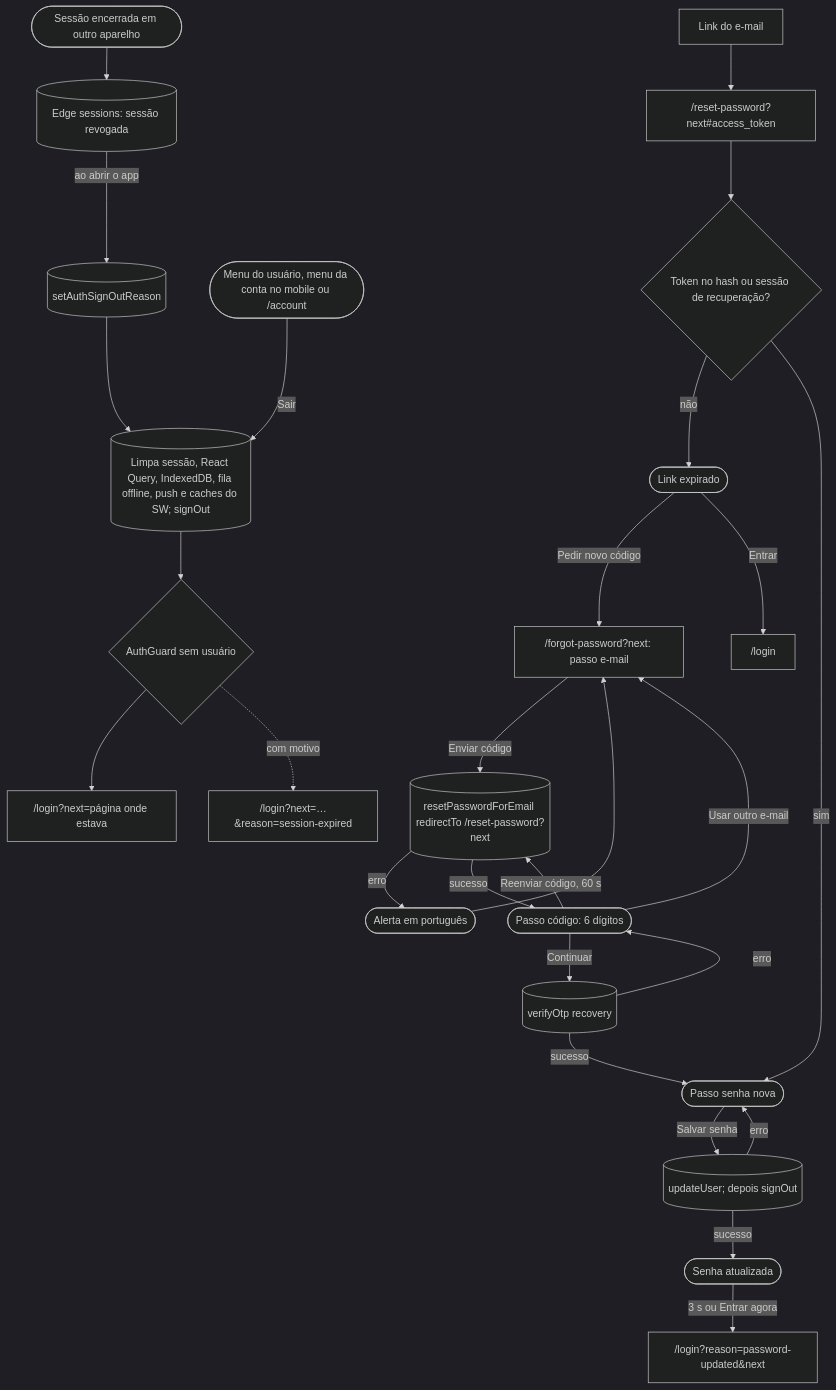
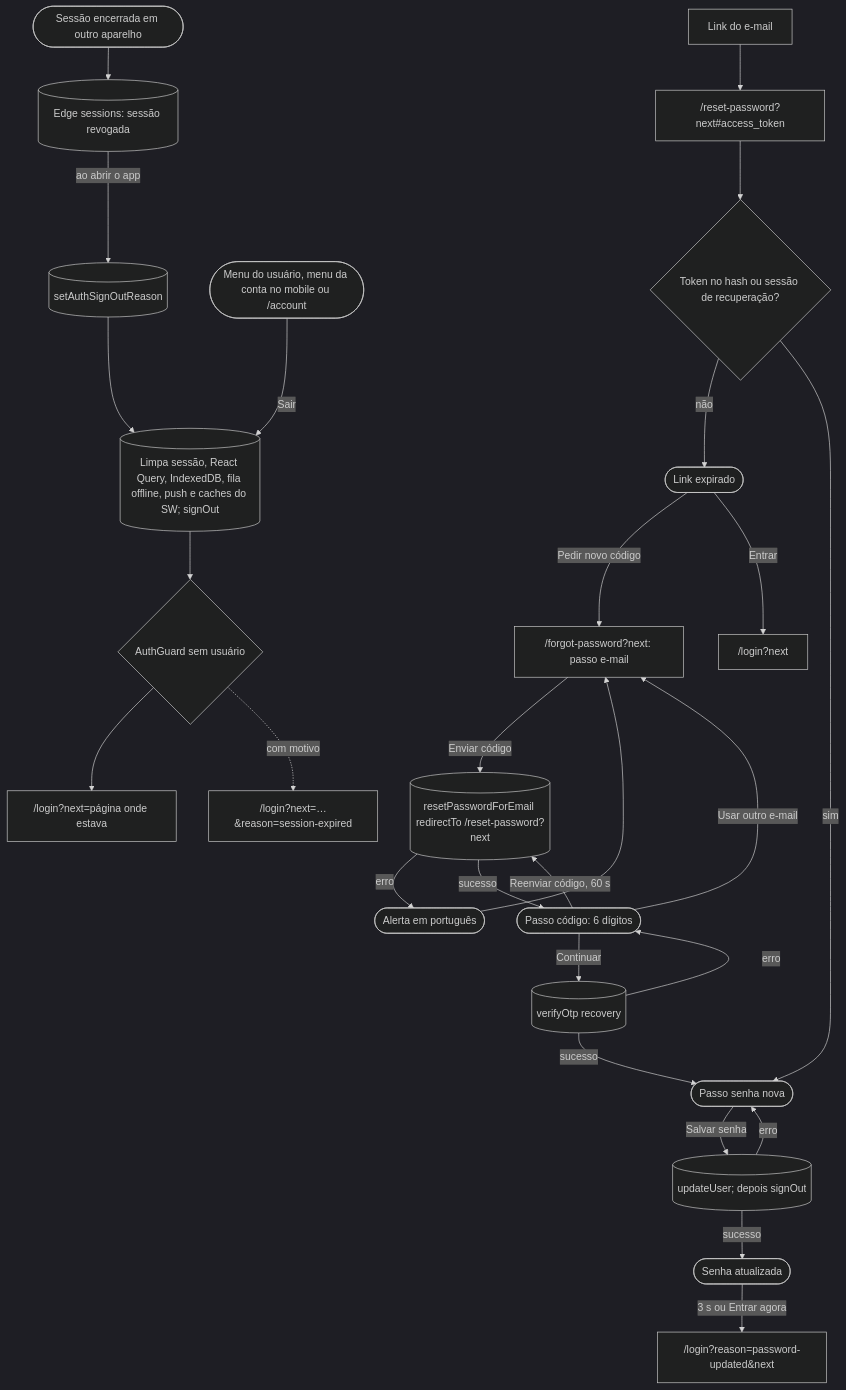
The third of 14 diagrams in docs/JORNADAS.md (kauax2000/finance_app), drawn with Mermaid before and after one commit. The commit also changed other lines of this file and 5 other files, not shown here.

````diff
--- a/docs/JORNADAS.md
+++ b/docs/JORNADAS.md
@@ -151,30 +151,30 @@
 ```mermaid
 %%{init: {"theme": "dark"}}%%
 flowchart TD
     forgot["/forgot-password?next: passo e-mail"] -->|"Enviar código"| resetMail[("resetPasswordForEmail redirectTo /reset-password?next")]
     resetMail -->|"erro"| forgotErr(["Alerta em português"]) --> forgot
     resetMail -->|"sucesso"| code(["Passo código: 6 dígitos"])
     code -->|"Usar outro e-mail"| forgot
     code -->|"Reenviar código, 60 s"| resetMail
     code -->|"Continuar"| verify[("verifyOtp recovery")]
     verify -->|"erro"| code
     verify -->|"sucesso"| newPass(["Passo senha nova"])
     newPass -->|"Salvar senha"| update[("updateUser; depois signOut")]
     update -->|"erro"| newPass
     update -->|"sucesso"| done(["Senha atualizada"]) -->|"3 s ou Entrar agora"| loginPwd["/login?reason=password-updated&next"]
 
     mailLink["Link do e-mail"] --> reset["/reset-password?next#access_token"]
     reset --> token{"Token no hash ou sessão de recuperação?"}
     token -->|"não"| expired(["Link expirado"])
     expired -->|"Pedir novo código"| forgot
-    expired -->|"Entrar"| loginPlain["/login"]
+    expired -->|"Entrar"| loginPlain["/login?next"]
     token -->|"sim"| newPass
 
     menus(["Menu do usuário, menu da conta no mobile ou /account"]) -->|"Sair"| signout[("Limpa sessão, React Query, IndexedDB, fila offline, push e caches do SW; signOut")]
     signout --> guardOut{"AuthGuard sem usuário"}
     guardOut --> loginNext["/login?next=página onde estava"]
 
     other(["Sessão encerrada em outro aparelho"]) --> check[("Edge sessions: sessão revogada")]
     check -->|"ao abrir o app"| reason[("setAuthSignOutReason")] --> signout
     guardOut -.->|"com motivo"| loginReason["/login?next=…&reason=session-expired"]
 ```
````
